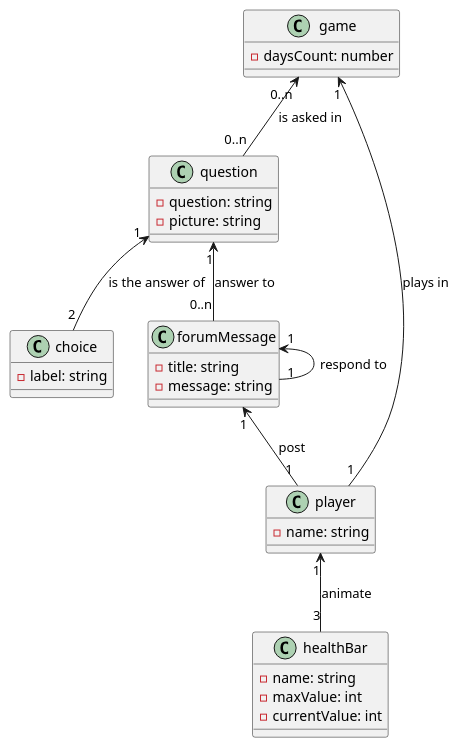
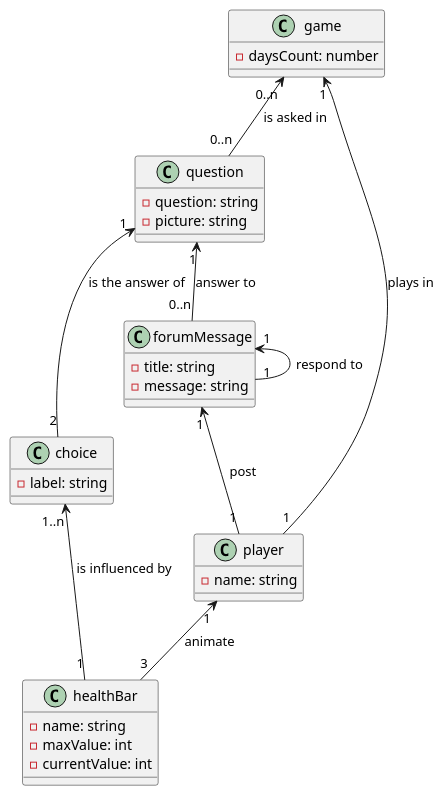
Before and after one commit to Ratiscrum-V2/rts-documents: the diagram in ratiscrum_class_diagram.plantuml, drawn with PlantUML. The commit also changed 1 other file, not shown here.

```diff
--- a/ratiscrum_class_diagram.plantuml
+++ b/ratiscrum_class_diagram.plantuml
@@ -1,46 +1,48 @@
 @startuml projet
 
 question "1" <-- "2" choice : is the answer of
+
+choice "1..n" <-- "1" healthBar : is influenced by
 
 player "1" <-- "3" healthBar : animate
 
 game "1" <-- "1" player : plays in
 
 game "0..n" <-- "0..n" question : is asked in
 
 question "1" <-- "0..n" forumMessage : answer to
 
 forumMessage "1" <-- "1" player : post
 
 forumMessage "1" <-- "1" forumMessage : respond to
 
 class question {
     - question: string
     - picture: string
 }
 
 class choice {
     - label: string
 }
 
 class player {
     - name: string
 }
 
 class healthBar {
     - name: string
     - maxValue: int
     - currentValue: int
 }
 
 class game {
     - daysCount: number 
 }
 
 class forumMessage {
     - title: string
     - message: string
 }
 
 
 @enduml
```
